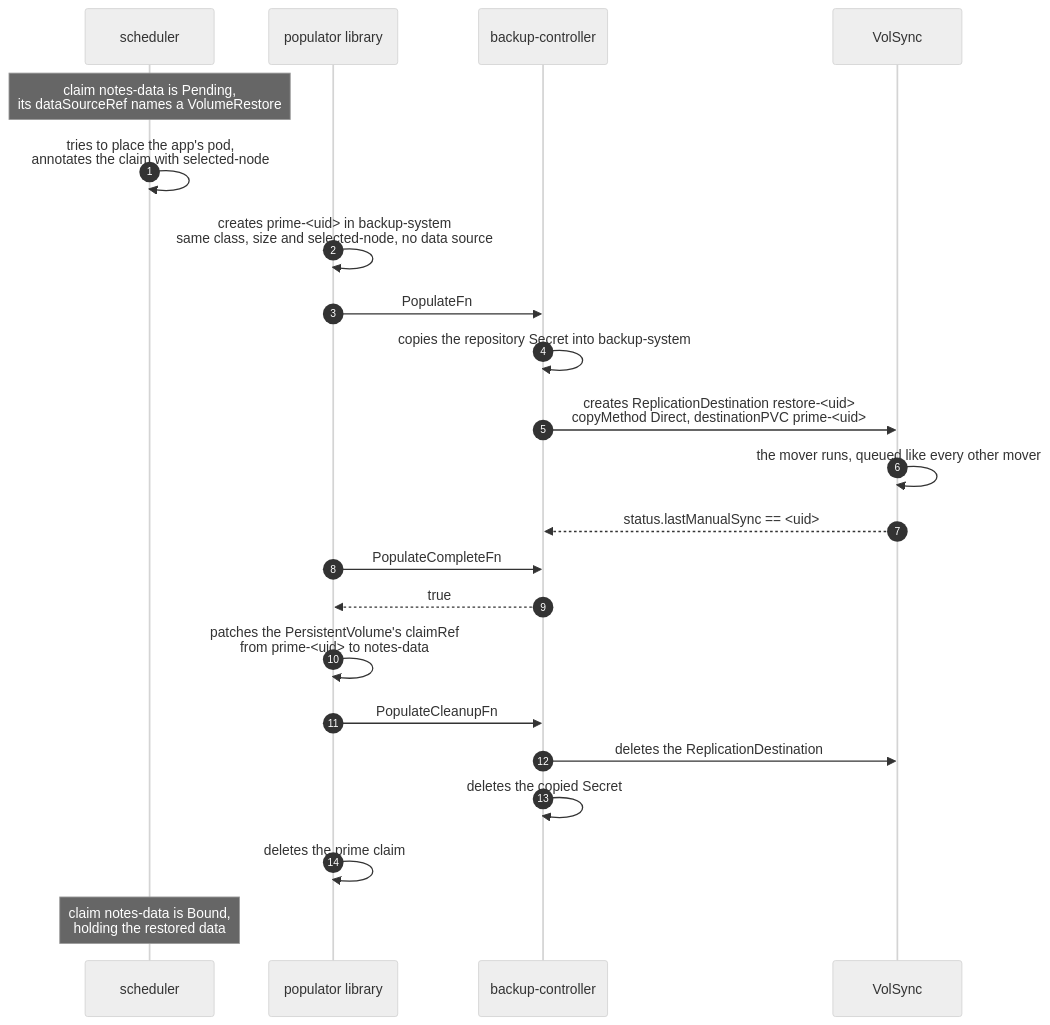
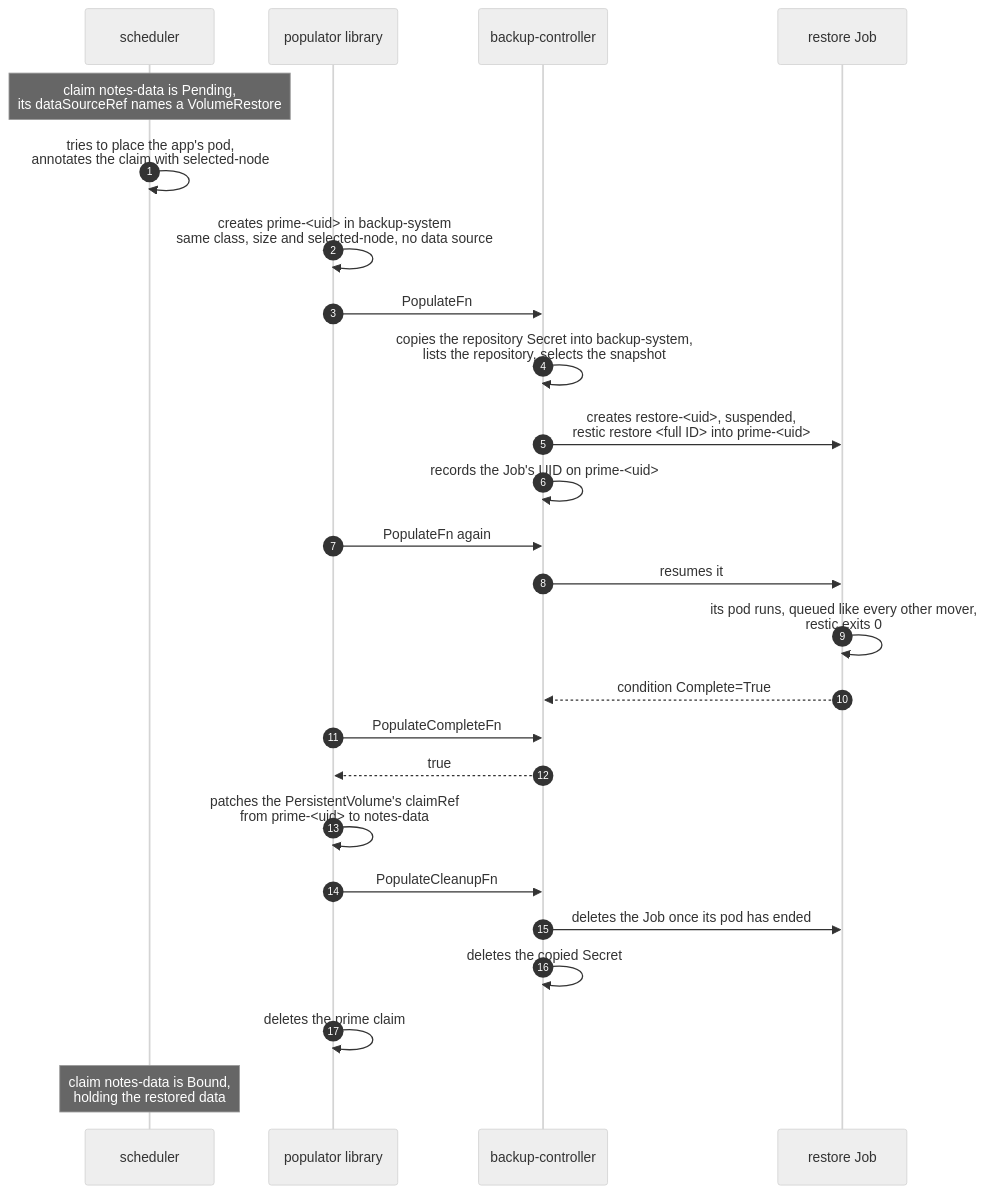
The second of 2 diagrams in docs/architecture.md (walzen-group/backup-controller), drawn with Mermaid (neutral theme) before and after one commit. The commit also changed other lines of this file and 5 other files, not shown here.

First line of the commit message:
docs: volume restores run through the controller's restore Job

````diff
--- a/docs/architecture.md
+++ b/docs/architecture.md
@@ -378,30 +438,33 @@
 ```mermaid
 sequenceDiagram
     autonumber
     participant sched as scheduler
     participant lib as populator library
     participant ctl as backup-controller
-    participant vs as VolSync
+    participant job as restore Job
 
     Note over sched: claim notes-data is Pending,<br/>its dataSourceRef names a VolumeRestore
     sched->>sched: tries to place the app's pod,<br/>annotates the claim with selected-node
 
     lib->>lib: creates prime-<uid> in backup-system<br/>same class, size and selected-node, no data source
     lib->>ctl: PopulateFn
+    ctl->>ctl: copies the repository Secret into backup-system,<br/>lists the repository, selects the snapshot
+    ctl->>job: creates restore-<uid>, suspended,<br/>restic restore <full ID> into prime-<uid>
+    ctl->>ctl: records the Job's UID on prime-<uid>
 
-    ctl->>ctl: copies the repository Secret into backup-system
-    ctl->>vs: creates ReplicationDestination restore-<uid><br/>copyMethod Direct, destinationPVC prime-<uid>
-    vs->>vs: the mover runs, queued like every other mover
-    vs-->>ctl: status.lastManualSync == <uid>
+    lib->>ctl: PopulateFn again
+    ctl->>job: resumes it
+    job->>job: its pod runs, queued like every other mover,<br/>restic exits 0
+    job-->>ctl: condition Complete=True
 
     lib->>ctl: PopulateCompleteFn
     ctl-->>lib: true
 
     lib->>lib: patches the PersistentVolume's claimRef<br/>from prime-<uid> to notes-data
     lib->>ctl: PopulateCleanupFn
-    ctl->>vs: deletes the ReplicationDestination
+    ctl->>job: deletes the Job once its pod has ended
     ctl->>ctl: deletes the copied Secret
     lib->>lib: deletes the prime claim
 
     Note over sched: claim notes-data is Bound,<br/>holding the restored data
 ```
````
